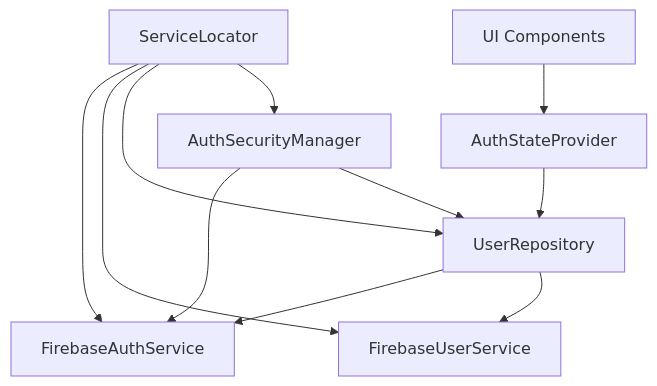
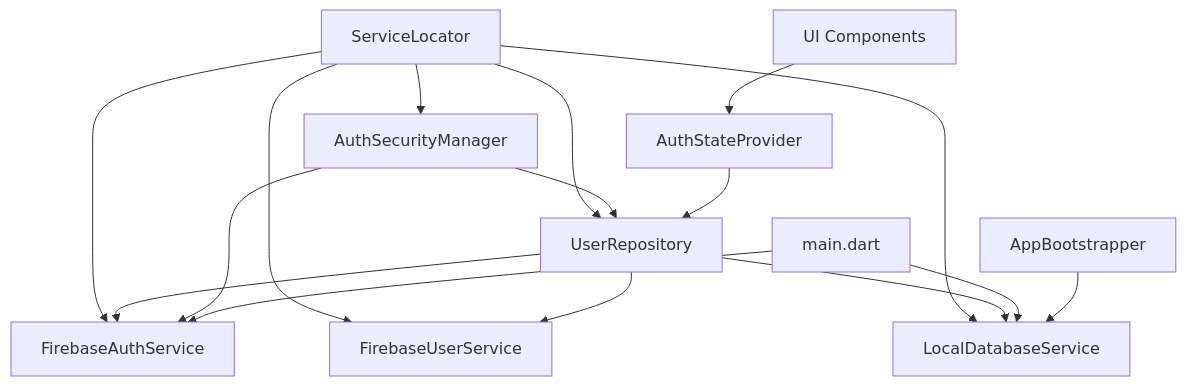
Before and after one commit to DuckBuck-Studios/DuckBuck-AI-Walkie-Talkie: the first of 3 diagrams in docs/auth/auth_code_organization.md, drawn with Mermaid. The commit also changed other lines of this file and 19 other files, not shown here.

````diff
--- a/docs/auth/auth_code_organization.md
+++ b/docs/auth/auth_code_organization.md
@@ -300,13 +323,18 @@
 ```mermaid
 graph TD
     SL[ServiceLocator] --> FA[FirebaseAuthService]
     SL --> FU[FirebaseUserService]
+    SL --> LDB[LocalDatabaseService]
     SL --> UR[UserRepository]
     SL --> ASM[AuthSecurityManager]
     UR --> FA
     UR --> FU
+    UR --> LDB
     ASM --> FA
     ASM --> UR
     ASP[AuthStateProvider] --> UR
     UI[UI Components] --> ASP
+    Main[main.dart] --> FA
+    Main --> LDB
+    AppBootstrapper[AppBootstrapper] --> LDB
 ```
````
